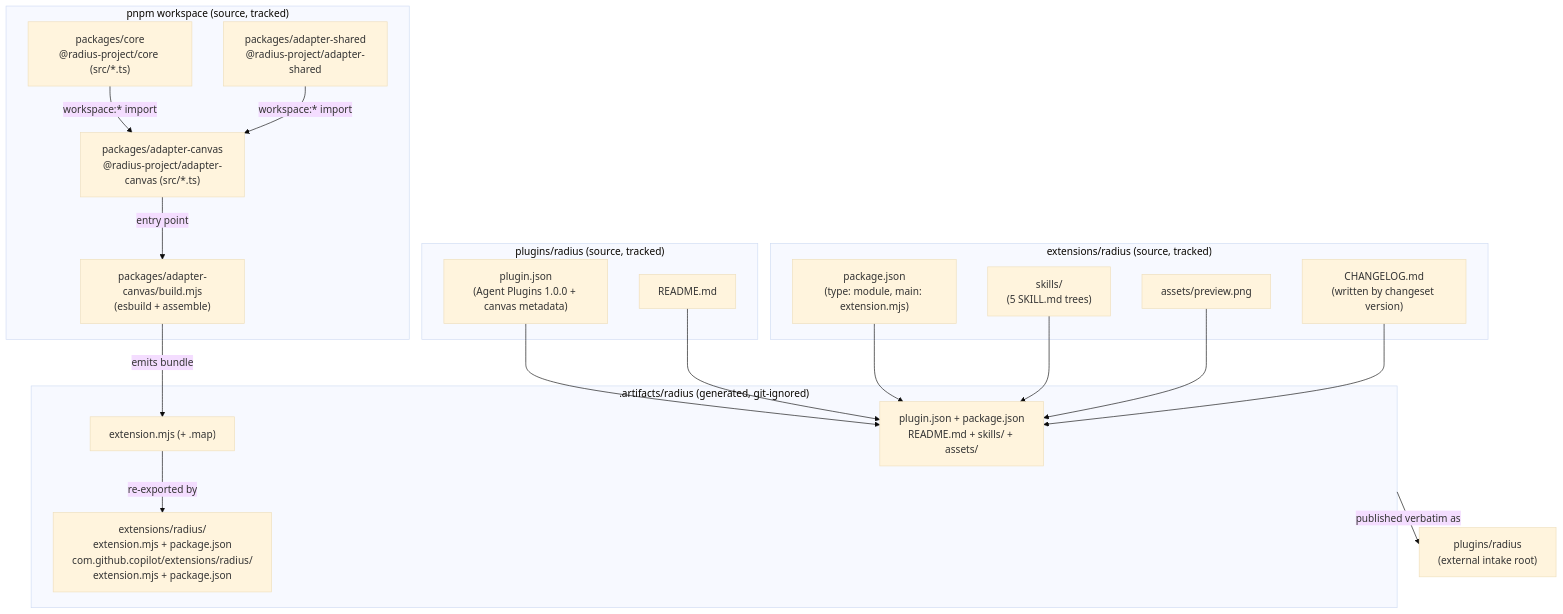
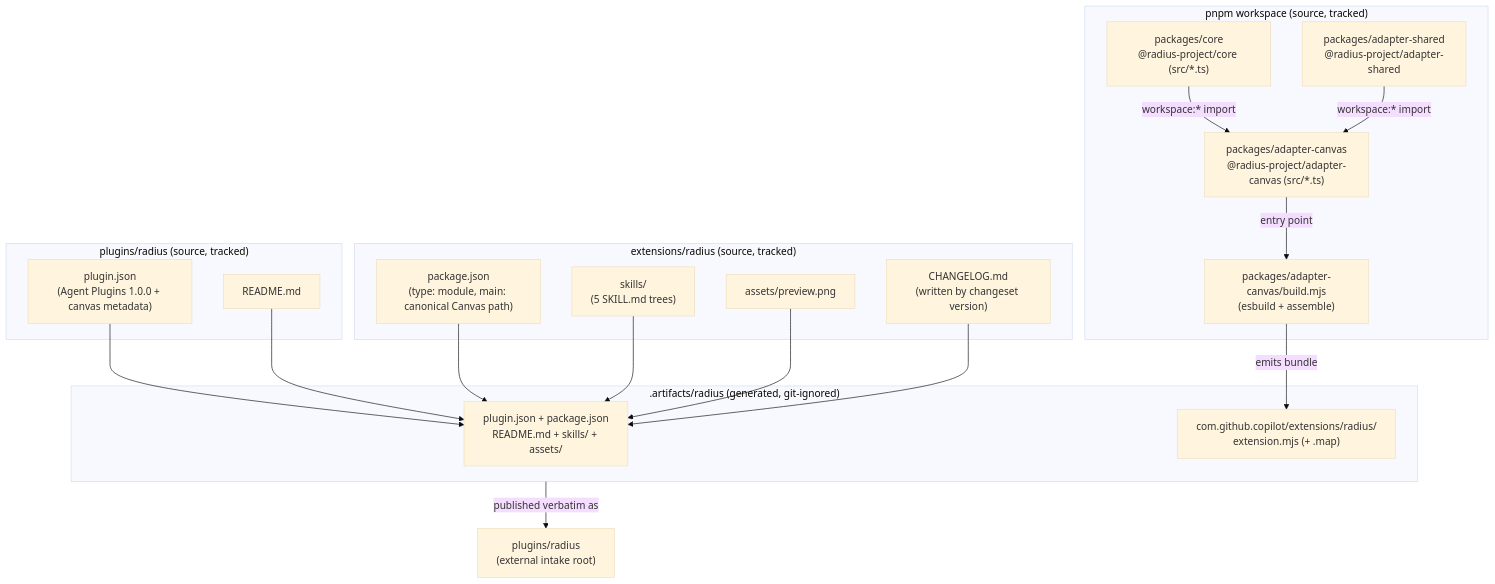
Before and after one commit to radius-project/ai-extensions: the first of 2 diagrams in docs/architecture/plugin-packaging-and-publishing.md, drawn with Mermaid (base theme). The commit also changed other lines of this file and 19 other files, not shown here.

````diff
--- a/docs/architecture/plugin-packaging-and-publishing.md
+++ b/docs/architecture/plugin-packaging-and-publishing.md
@@ -5,40 +5,38 @@
 ```mermaid
 graph TD
     subgraph Workspace["pnpm workspace (source, tracked)"]
         Core["packages/core<br/>@radius-project/core (src/*.ts)"]
         Shared["packages/adapter-shared<br/>@radius-project/adapter-shared"]
         Canvas["packages/adapter-canvas<br/>@radius-project/adapter-canvas (src/*.ts)"]
         Build["packages/adapter-canvas/build.mjs<br/>(esbuild + assemble)"]
     end
 
     subgraph PluginSrc["plugins/radius (source, tracked)"]
         Manifest["plugin.json<br/>(Agent Plugins 1.0.0 + canvas metadata)"]
         Readme["README.md"]
     end
 
     subgraph ExtSrc["extensions/radius (source, tracked)"]
-        Pkg["package.json<br/>(type: module, main: extension.mjs)"]
+        Pkg["package.json<br/>(type: module, main: canonical Canvas path)"]
         Skills["skills/<br/>(5 SKILL.md trees)"]
         Assets["assets/preview.png"]
         Changelog["CHANGELOG.md<br/>(written by changeset version)"]
     end
 
     subgraph Dist[".artifacts/radius (generated, git-ignored)"]
         DistAll["plugin.json + package.json<br/>README.md + skills/ + assets/"]
-        Bundle["extension.mjs (+ .map)"]
-        Compat["extensions/radius/<br/>extension.mjs + package.json<br/>com.github.copilot/extensions/radius/<br/>extension.mjs + package.json"]
+        CanvasEntry["com.github.copilot/extensions/radius/<br/>extension.mjs (+ .map)"]
     end
 
     Core -->|workspace:* import| Canvas
     Shared -->|workspace:* import| Canvas
     Canvas -->|entry point| Build
-    Build -->|emits bundle| Bundle
-    Bundle -->|re-exported by| Compat
+    Build -->|emits bundle| CanvasEntry
     Manifest --> DistAll
     Readme --> DistAll
     Pkg --> DistAll
     Skills --> DistAll
     Assets --> DistAll
     Changelog --> DistAll
     Dist -->|published verbatim as| PluginPublished["plugins/radius<br/>(external intake root)"]
 ```
````
